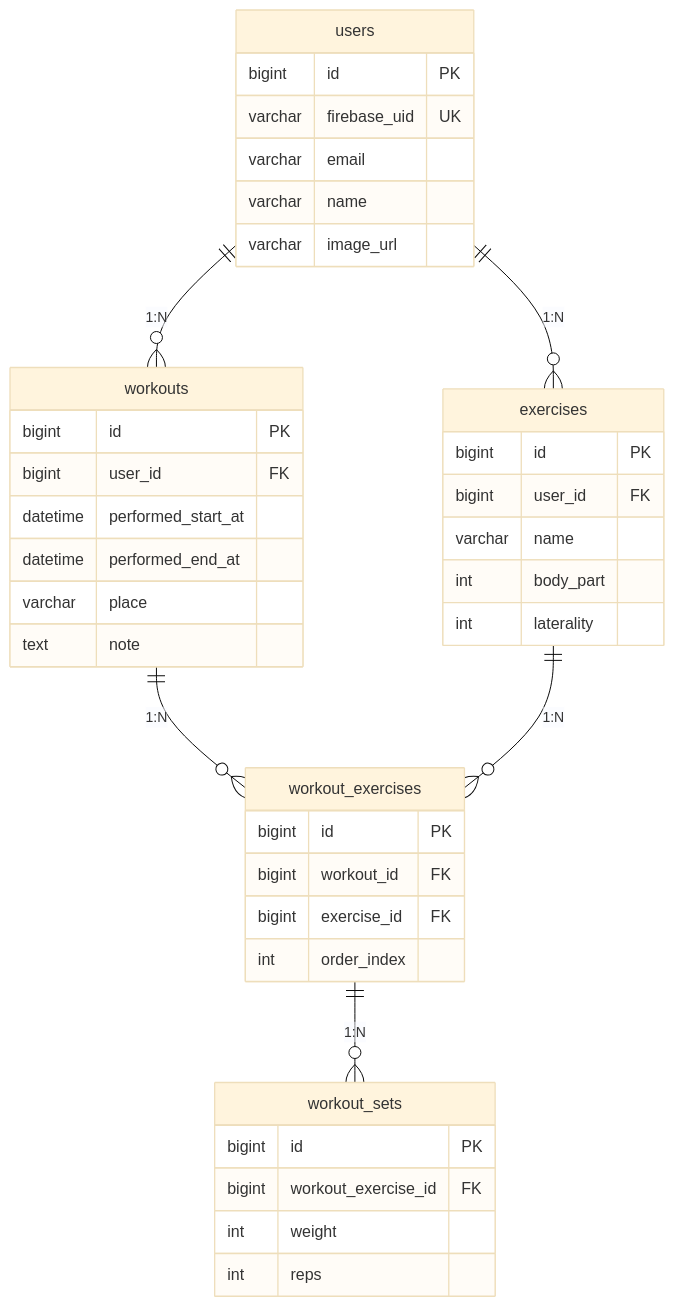
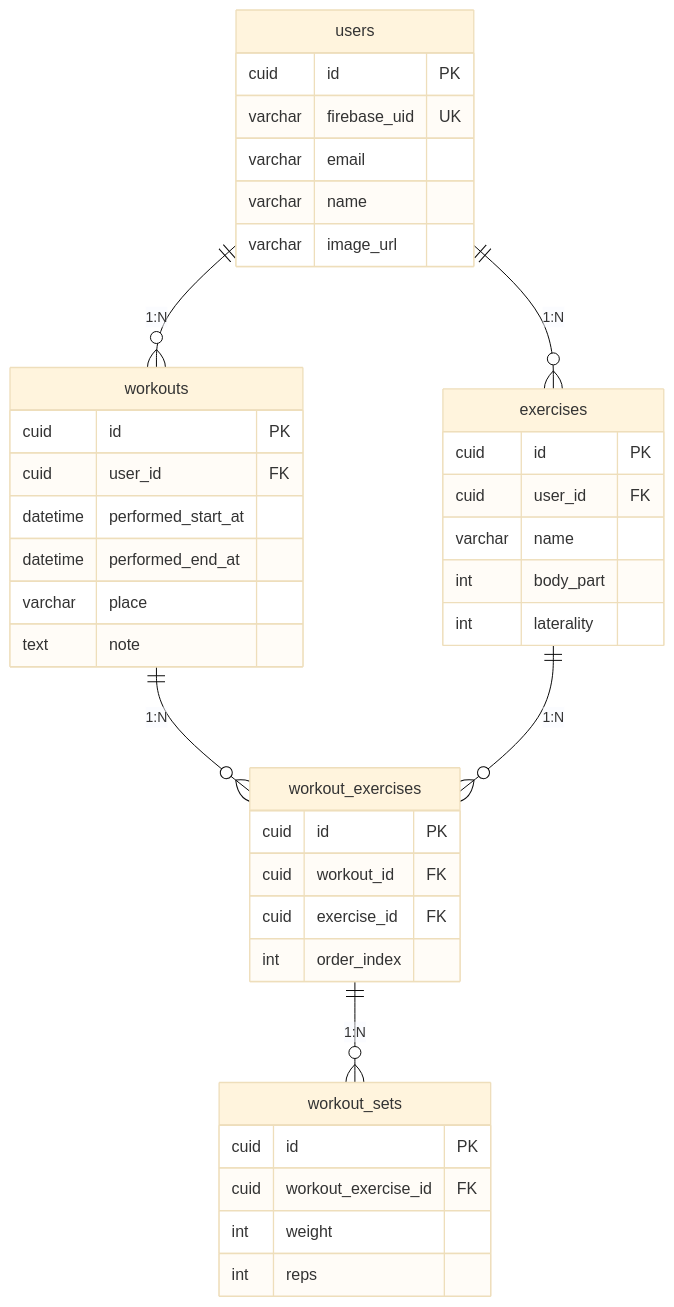
The diagram in docs/db-table-structure.md (ANTON072/gym-note-api-ts), drawn with Mermaid (base theme) before and after one commit. The commit also changed other lines of this file and 5 other files, not shown here.

Commit message:
feat: update Prisma schema and migration files for improved data structure and relationships

````diff
--- a/docs/db-table-structure.md
+++ b/docs/db-table-structure.md
@@ -53,47 +53,47 @@
 ```mermaid
 erDiagram
     users ||--o{ workouts : "1:N"
     users ||--o{ exercises : "1:N"
     workouts ||--o{ workout_exercises : "1:N"
     exercises ||--o{ workout_exercises : "1:N"
     workout_exercises ||--o{ workout_sets : "1:N"
 
     users {
-        bigint id PK
+        cuid id PK
         varchar firebase_uid UK
         varchar email
         varchar name
         varchar image_url
     }
 
     workouts {
-        bigint id PK
-        bigint user_id FK
+        cuid id PK
+        cuid user_id FK
         datetime performed_start_at
         datetime performed_end_at
         varchar place
         text note
     }
 
     exercises {
-        bigint id PK
-        bigint user_id FK
+        cuid id PK
+        cuid user_id FK
         varchar name
         int body_part
         int laterality
     }
 
     workout_exercises {
-        bigint id PK
-        bigint workout_id FK
-        bigint exercise_id FK
+        cuid id PK
+        cuid workout_id FK
+        cuid exercise_id FK
         int order_index
     }
 
     workout_sets {
-        bigint id PK
-        bigint workout_exercise_id FK
+        cuid id PK
+        cuid workout_exercise_id FK
         int weight
         int reps
     }
 ```
````
